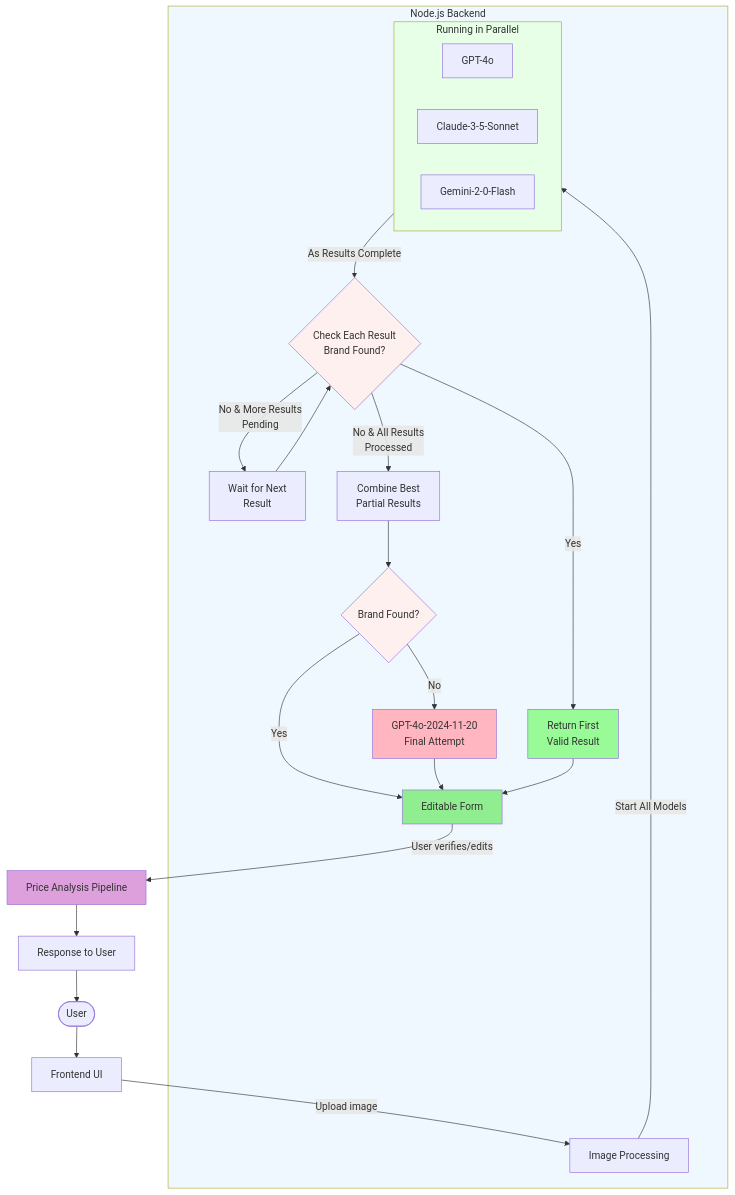
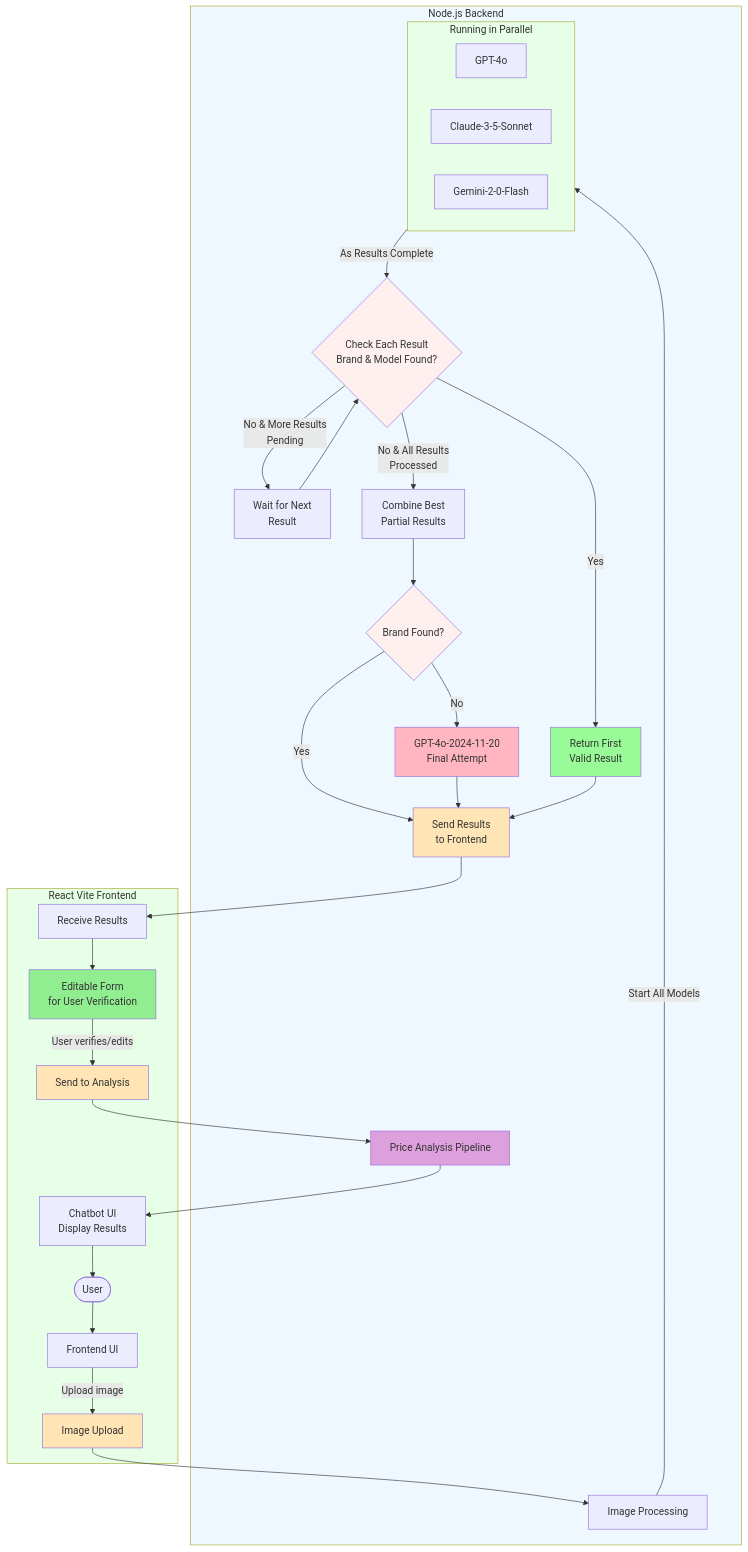
Before and after one commit to team-alya/kaluste-backend: the first of 2 diagrams in README.md, drawn with Mermaid. The commit also changed other lines of this file, not shown here.

Commit message:
Update flowChart

````diff
--- a/README.md
+++ b/README.md
@@ -244,44 +244,58 @@
 ```mermaid
 flowchart TD
-    User([User]) --> FrontendUI[Frontend UI]
-    FrontendUI -->|Upload image| ImageProcess[Image Processing]
+    User([User])
+
+    subgraph FrontendProcessing[React Vite Frontend]
+        User --> FrontendUI[Frontend UI]
+        FrontendUI -->|Upload image| ImageUpload[Image Upload]
+        ResultsReceived[Receive Results] --> EditableForm[Editable Form<br>for User Verification]
+        EditableForm -->|User verifies/edits| SendToAnalysis[Send to Analysis]
+        Chatbot[Chatbot UI<br>Display Results] --> User
+    end
+
+    ImageUpload --> ImageProcess[Image Processing]
 
     subgraph NodeBackend[Node.js Backend]
         ImageProcess --> |Start All Models| AsyncModels[Async Vision Models]
 
         subgraph AsyncModels[Running in Parallel]
             direction LR
             GPT4[GPT-4o]
             Claude[Claude-3-5-Sonnet]
             Gemini[Gemini-2-0-Flash]
         end
 
-        AsyncModels --> |As Results Complete| ResultCheck{Check Each Result<br>Brand Found?}
+        AsyncModels --> |As Results Complete| ResultCheck{Check Each Result<br>Brand & Model Found?}
 
         ResultCheck -->|Yes| StopAndUse[Return First<br>Valid Result]
         ResultCheck -->|No & More Results<br>Pending| WaitNext[Wait for Next<br>Result]
         WaitNext --> ResultCheck
 
         ResultCheck -->|No & All Results<br>Processed| CombineResults[Combine Best<br>Partial Results]
 
         CombineResults --> CheckBrand{Brand Found?}
-        CheckBrand -->|Yes| EditableForm
+        CheckBrand -->|Yes| SendToFrontend[Send Results<br>to Frontend]
         CheckBrand -->|No| FinalGPT4[GPT-4o-2024-11-20<br>Final Attempt]
-        FinalGPT4 --> EditableForm
+        FinalGPT4 --> SendToFrontend
+
+        StopAndUse --> SendToFrontend
+        
+        SendToFrontend --> ResultsReceived
+        
+        SendToAnalysis --> PriceAnalysis[Price Analysis Pipeline]
+        PriceAnalysis --> Chatbot
     end
 
-    StopAndUse --> EditableForm[Editable Form]
-
-    EditableForm -->|User verifies/edits| PriceAnalysis[Price Analysis Pipeline]
-    PriceAnalysis --> ResponseUI[Response to User]
-    ResponseUI --> User
-
     style NodeBackend fill:#f0f8ff
+    style FrontendProcessing fill:#e6ffe6
     style AsyncModels fill:#e6ffe6
     style ResultCheck fill:#fff0f0
     style EditableForm fill:#90EE90
     style StopAndUse fill:#98FB98
     style FinalGPT4 fill:#FFB6C1
     style CheckBrand fill:#fff0f0
     style PriceAnalysis fill:#DDA0DD
+    style SendToFrontend fill:#FFE4B5
+    style ImageUpload fill:#FFE4B5
+    style SendToAnalysis fill:#FFE4B5
 ```
````
